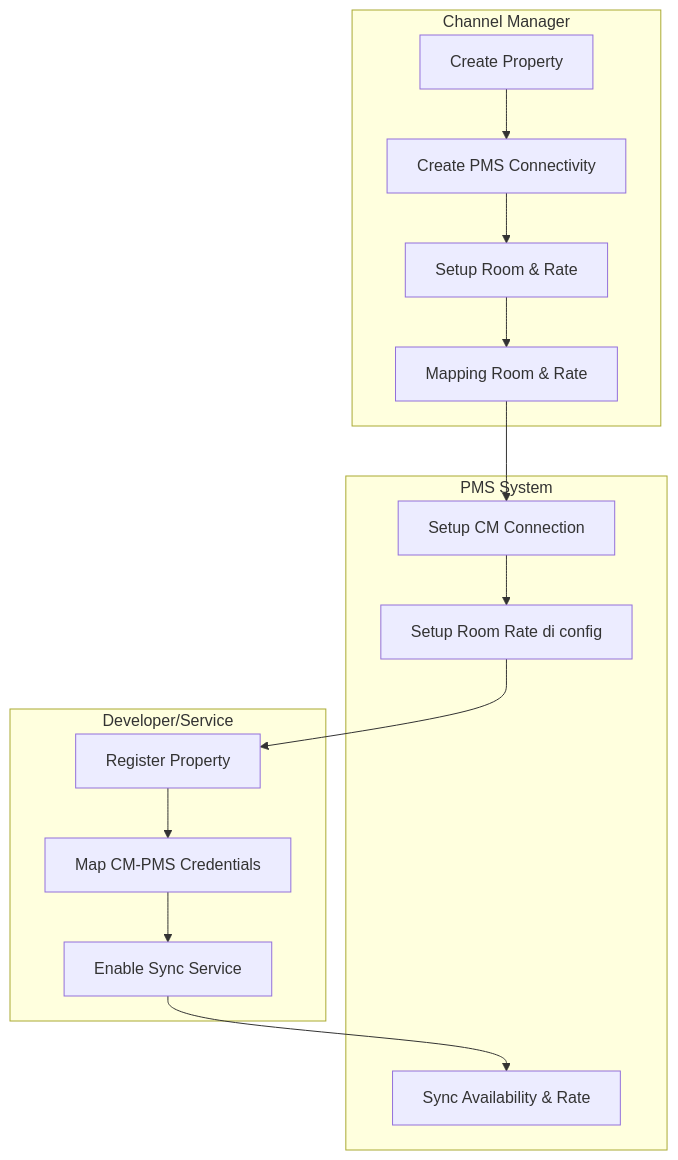
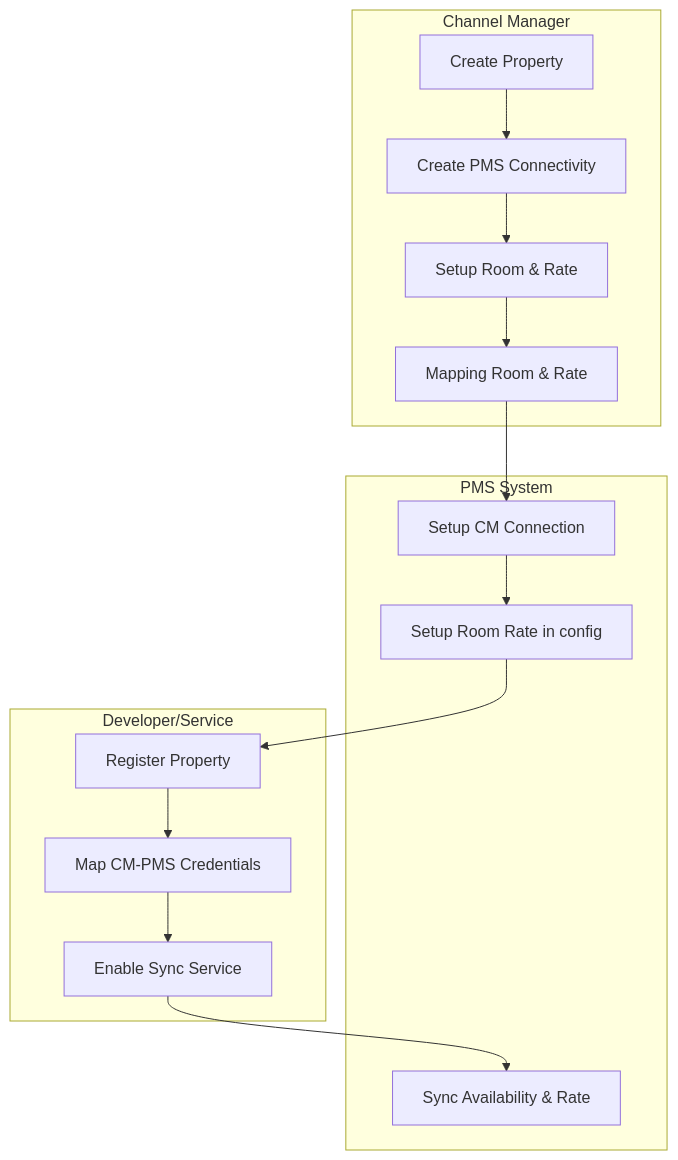
Before and after one commit to cakramediadata2022/cflow: the second of 3 diagrams in docs/channel-manager/integration-flow/channel-manager-pms-integration.md, drawn with Mermaid. The commit also changed other lines of this file and 15 other files, not shown here.

````diff
--- a/docs/channel-manager/integration-flow/channel-manager-pms-integration.md
+++ b/docs/channel-manager/integration-flow/channel-manager-pms-integration.md
@@ -48,33 +48,31 @@
 ```mermaid
 flowchart TD
     subgraph "Channel Manager"
         A1[Create Property]
         A2[Create PMS Connectivity]
         A3[Setup Room & Rate]
         A4[Mapping Room & Rate]
     end
 
     subgraph "PMS System"
         B1[Setup CM Connection]
-        B2[Setup Room Rate di config]
+        B2[Setup Room Rate in config]
         B3[Sync Availability & Rate]
     end
 
     subgraph "Developer/Service"
         C1[Register Property]
         C2[Map CM-PMS Credentials]
         C3[Enable Sync Service]
     end
 
     A1 --> A2
     A2 --> A3
     A3 --> A4
     A4 --> B1
     B1 --> B2
     B2 --> C1
     C1 --> C2
     C2 --> C3
     C3 --> B3
-
-
 ```
````
